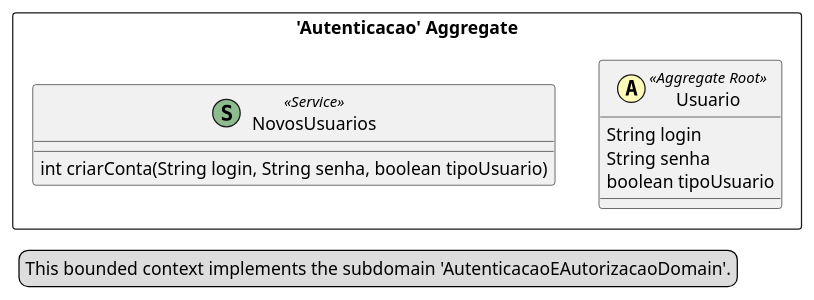
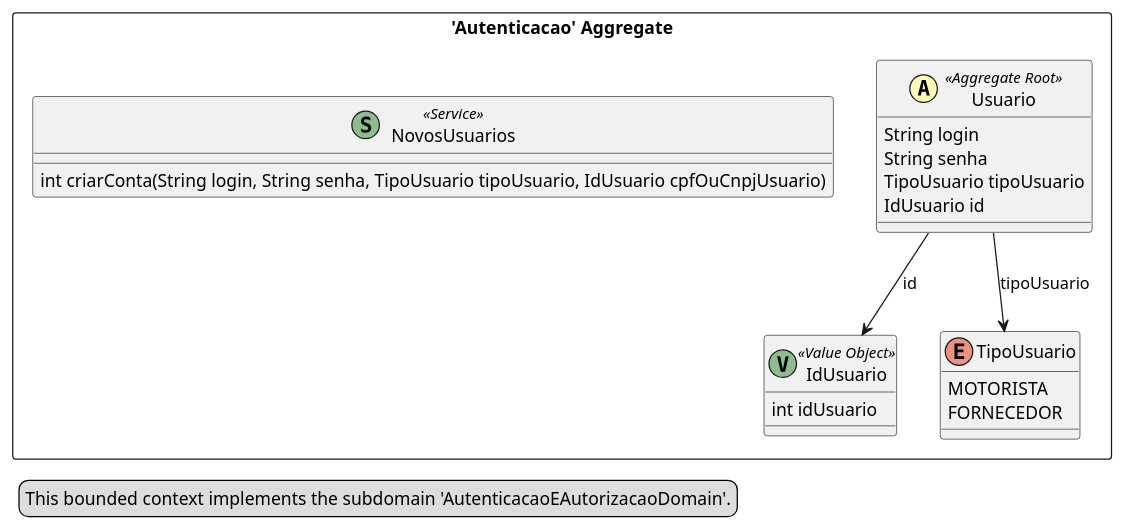
One commit to diegopluna/fds2 changed the diagram in src-gen/model_BC_AutenticacaoEAutorizacaoContext.puml. Above: the diagram before and after it, drawn with PlantUML. The commit also changed 17 other files, not shown here.

```diff
--- a/src-gen/model_BC_AutenticacaoEAutorizacaoContext.puml
+++ b/src-gen/model_BC_AutenticacaoEAutorizacaoContext.puml
@@ -1,20 +1,30 @@
 @startuml
 
 skinparam componentStyle uml2
 
 package "'Autenticacao' Aggregate" <<Rectangle>> {
 	class Usuario <<(A,#fffab8) Aggregate Root>> {
 		String login
 		String senha
-		boolean tipoUsuario
+		TipoUsuario tipoUsuario
+		IdUsuario id
+	}
+	class IdUsuario <<(V,DarkSeaGreen) Value Object>> {
+		int idUsuario
+	}
+	enum TipoUsuario {
+		MOTORISTA
+		FORNECEDOR
 	}
 	class NovosUsuarios <<(S,DarkSeaGreen) Service>> {
-		int criarConta(String login, String senha, boolean tipoUsuario)
+		int criarConta(String login, String senha, TipoUsuario tipoUsuario, IdUsuario cpfOuCnpjUsuario)
 	}
 }
+Usuario --> IdUsuario : id
+Usuario --> TipoUsuario : tipoUsuario
 legend left
   This bounded context implements the subdomain 'AutenticacaoEAutorizacaoDomain'.
 end legend
 
 
 @enduml
```
